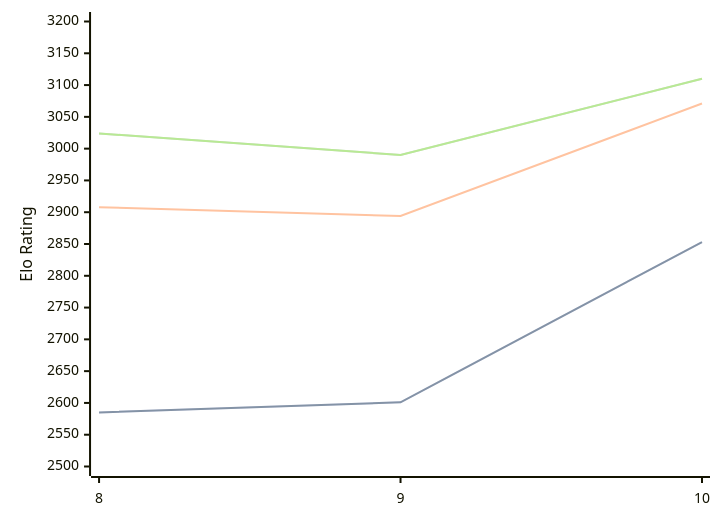
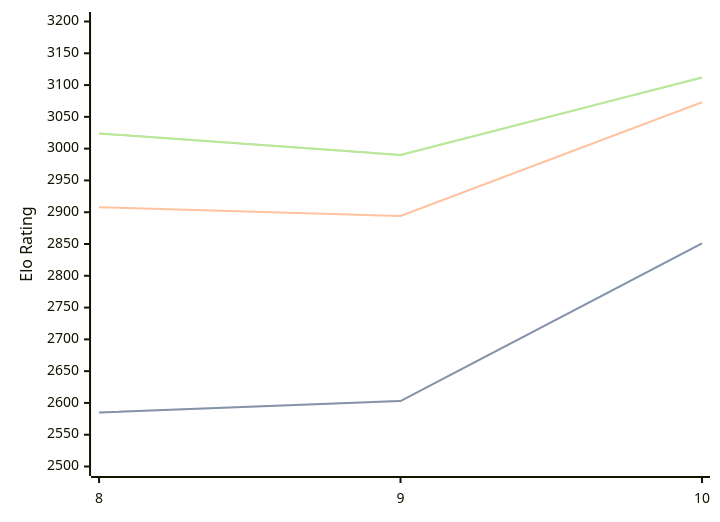
Before and after one commit to computer-chess-index/cci: the first of 3 diagrams in engines/Lozza.md, drawn with Mermaid. The commit also changed other lines of this file, not shown here.

Commit message:
Update CCI Ratings (ELO VLTC) - 2026-07-14

````diff
--- a/engines/Lozza.md
+++ b/engines/Lozza.md
@@ -41,11 +41,11 @@
 ```mermaid
 %%{init: {"theme":"base","themeVariables":{"seriesColors:['#a3a3a3','#222221','#faa371']}}}%%
 xychart-beta
   x-axis ["8", "9", "10"]
   y-axis "Elo Rating" 2500 --> 3200
-  line "STC (8.0+0.08s)" [2585, 2601, 2853]
-  line "STC (8.0+0.08s)" [2585, 2601, 2853]
-  line "LTC (60.0+0.60s)" [2908, 2894, 3071]
-  line "VLTC (2m24s+1.12s)" [3024, 2990, 3110]
-  line "VLTC (2m24s+1.12s)" [3024, 2990, 3110]
+  line "STC (8.0+0.08s)" [2585, 2603, 2851]
+  line "STC (8.0+0.08s)" [2585, 2603, 2851]
+  line "LTC (60.0+0.60s)" [2908, 2894, 3073]
+  line "VLTC (2m24s+1.12s)" [3024, 2990, 3112]
+  line "VLTC (2m24s+1.12s)" [3024, 2990, 3112]
 ```
````
